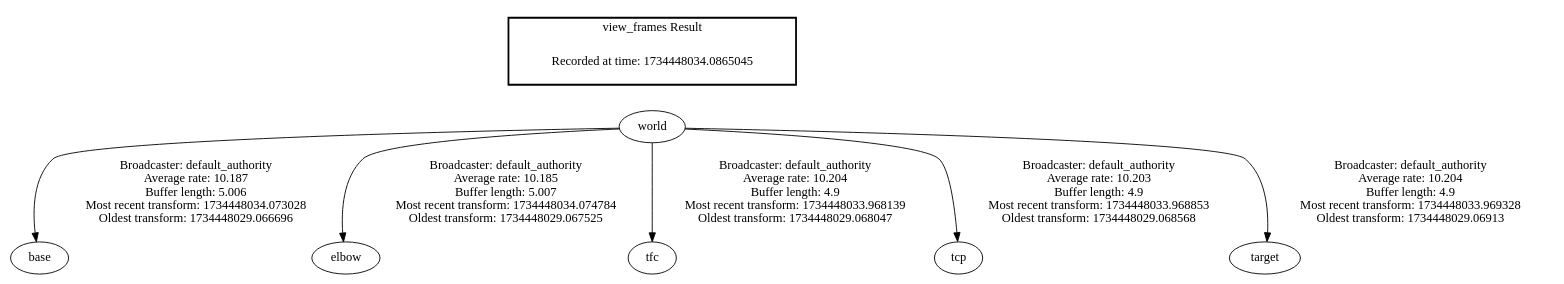
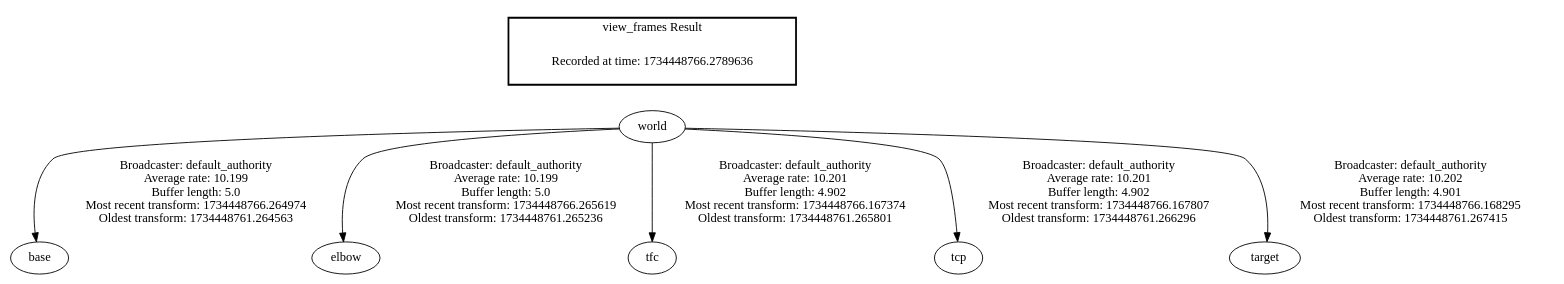
One commit to M0m000/Thesis changed the diagram in frames.gv. Above: the diagram before and after it, drawn with Graphviz. The commit also changed 429 other files, not shown here.

```diff
--- a/frames.gv
+++ b/frames.gv
@@ -1,11 +1,11 @@
 digraph G {
-"world" -> "base"[label=" Broadcaster: default_authority\nAverage rate: 10.187\nBuffer length: 5.006\nMost recent transform: 1734448034.073028\nOldest transform: 1734448029.066696\n"];
-"world" -> "elbow"[label=" Broadcaster: default_authority\nAverage rate: 10.185\nBuffer length: 5.007\nMost recent transform: 1734448034.074784\nOldest transform: 1734448029.067525\n"];
-"world" -> "tfc"[label=" Broadcaster: default_authority\nAverage rate: 10.204\nBuffer length: 4.9\nMost recent transform: 1734448033.968139\nOldest transform: 1734448029.068047\n"];
-"world" -> "tcp"[label=" Broadcaster: default_authority\nAverage rate: 10.203\nBuffer length: 4.9\nMost recent transform: 1734448033.968853\nOldest transform: 1734448029.068568\n"];
-"world" -> "target"[label=" Broadcaster: default_authority\nAverage rate: 10.204\nBuffer length: 4.9\nMost recent transform: 1734448033.969328\nOldest transform: 1734448029.06913\n"];
+"world" -> "base"[label=" Broadcaster: default_authority\nAverage rate: 10.199\nBuffer length: 5.0\nMost recent transform: 1734448766.264974\nOldest transform: 1734448761.264563\n"];
+"world" -> "elbow"[label=" Broadcaster: default_authority\nAverage rate: 10.199\nBuffer length: 5.0\nMost recent transform: 1734448766.265619\nOldest transform: 1734448761.265236\n"];
+"world" -> "tfc"[label=" Broadcaster: default_authority\nAverage rate: 10.201\nBuffer length: 4.902\nMost recent transform: 1734448766.167374\nOldest transform: 1734448761.265801\n"];
+"world" -> "tcp"[label=" Broadcaster: default_authority\nAverage rate: 10.201\nBuffer length: 4.902\nMost recent transform: 1734448766.167807\nOldest transform: 1734448761.266296\n"];
+"world" -> "target"[label=" Broadcaster: default_authority\nAverage rate: 10.202\nBuffer length: 4.901\nMost recent transform: 1734448766.168295\nOldest transform: 1734448761.267415\n"];
 edge [style=invis];
  subgraph cluster_legend { style=bold; color=black; label ="view_frames Result";
-"Recorded at time: 1734448034.0865045"[ shape=plaintext ] ;
+"Recorded at time: 1734448766.2789636"[ shape=plaintext ] ;
 }->"world";
 }
```
